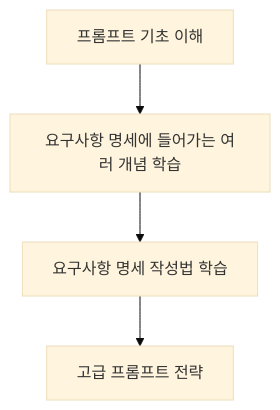
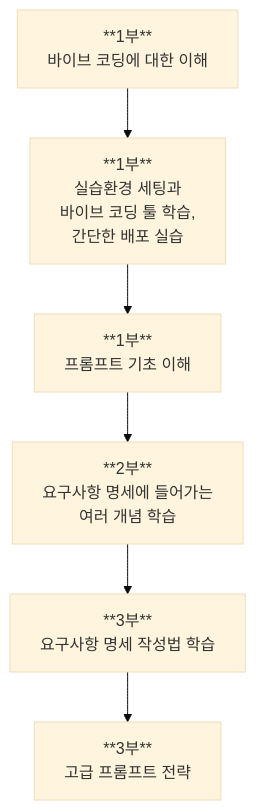
Before and after one commit to nugurejeil/weniVooks: the diagram in _md/essentials-vibecoding/chapter04/04-1.md, drawn with Mermaid (base theme). The commit also changed other lines of this file and 9 other files, not shown here.

````diff
--- a/_md/essentials-vibecoding/chapter04/04-1.md
+++ b/_md/essentials-vibecoding/chapter04/04-1.md
@@ -15,6 +15,8 @@
 ```mermaid
 flowchart TD
-    A[프롬프트 기초 이해] --> B[요구사항 명세에 들어가는 여러 개념 학습]
-    B --> C[요구사항 명세 작성법 학습]
-    C --> D[고급 프롬프트 전략]
+    A[**1부**<br/>바이브 코딩에 대한 이해] --> B[**1부**<br/>실습환경 세팅과<br/>바이브 코딩 툴 학습,<br/>간단한 배포 실습]
+    B --> C[**1부**<br/>프롬프트 기초 이해]
+    C --> D[**2부**<br/>요구사항 명세에 들어가는<br/>여러 개념 학습]
+    D --> E[**3부**<br/>요구사항 명세 작성법 학습]
+    E --> F[**3부**<br/>고급 프롬프트 전략]
 ```
````
